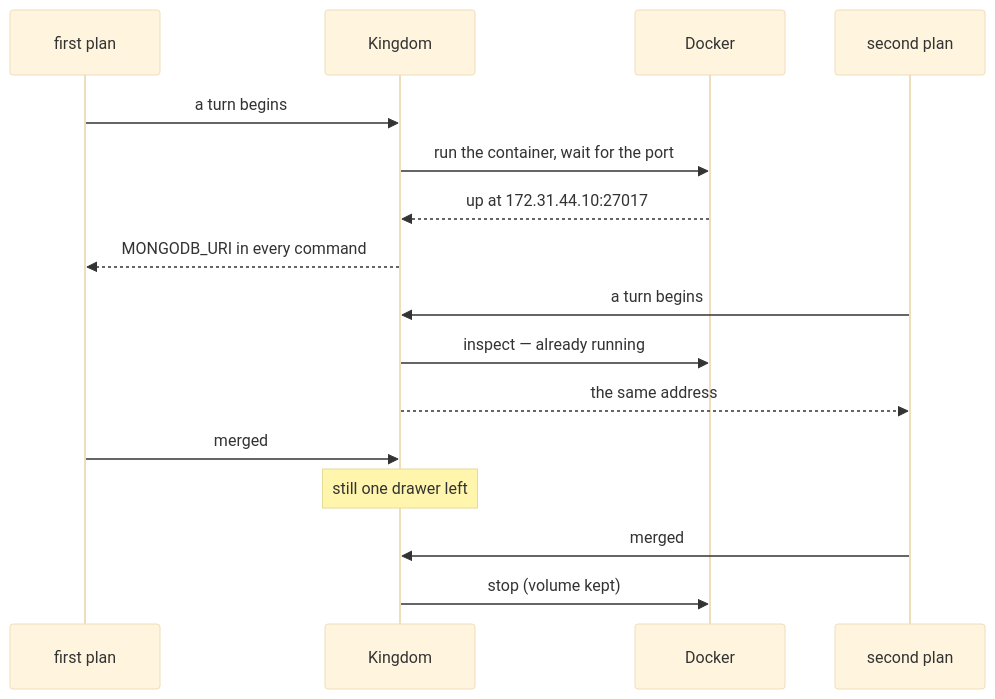
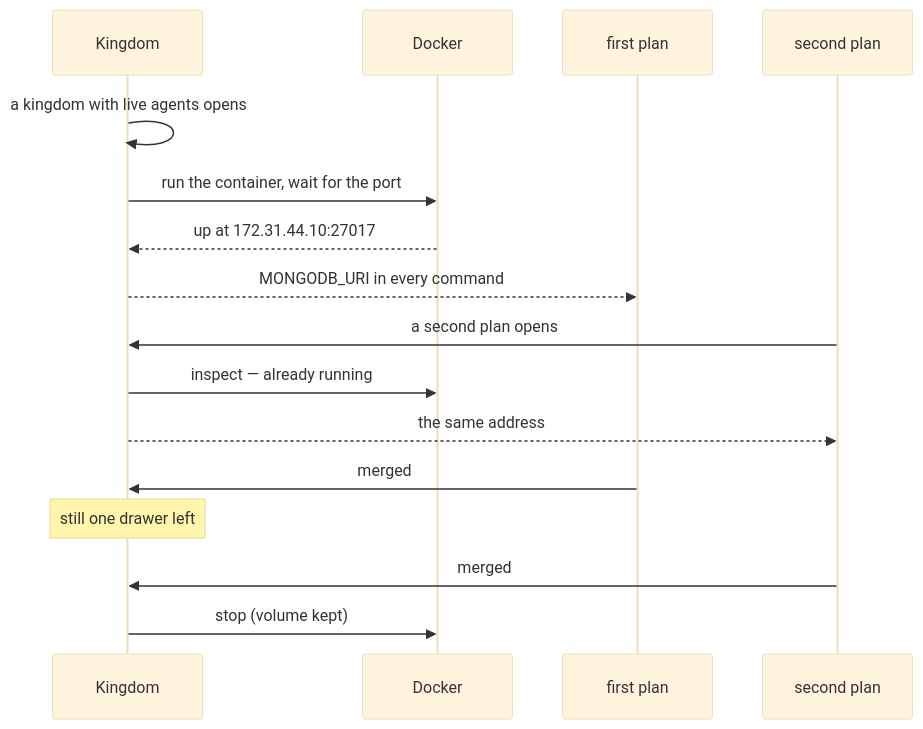
One commit to craigloewen-msft/kingdom-ide changed the second of 2 diagrams in docs/shared-resources.md. Above: the diagram before and after it, drawn with Mermaid (base theme). The commit also changed other lines of this file and 7 other files, not shown here.

````diff
--- a/docs/shared-resources.md
+++ b/docs/shared-resources.md
@@ -147,18 +157,18 @@
 ```mermaid
 sequenceDiagram
-  participant P1 as first plan
   participant K as Kingdom
   participant D as Docker
+  participant P1 as first plan
   participant P2 as second plan
-  P1->>K: a turn begins
+  K->>K: a kingdom with live agents opens
   K->>D: run the container, wait for the port
   D-->>K: up at 172.31.44.10:27017
   K-->>P1: MONGODB_URI in every command
-  P2->>K: a turn begins
+  P2->>K: a second plan opens
   K->>D: inspect — already running
   K-->>P2: the same address
   P1->>K: merged
   Note over K: still one drawer left
   P2->>K: merged
   K->>D: stop (volume kept)
 ```
````
